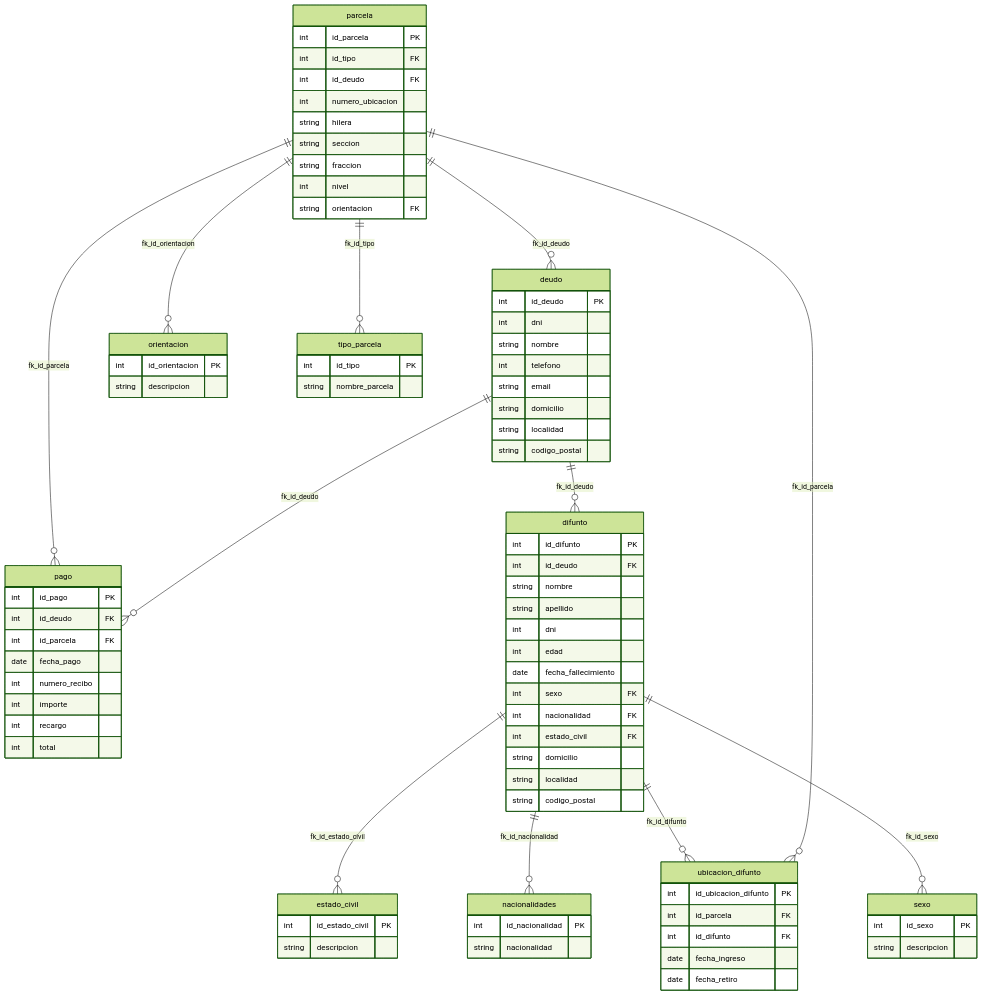
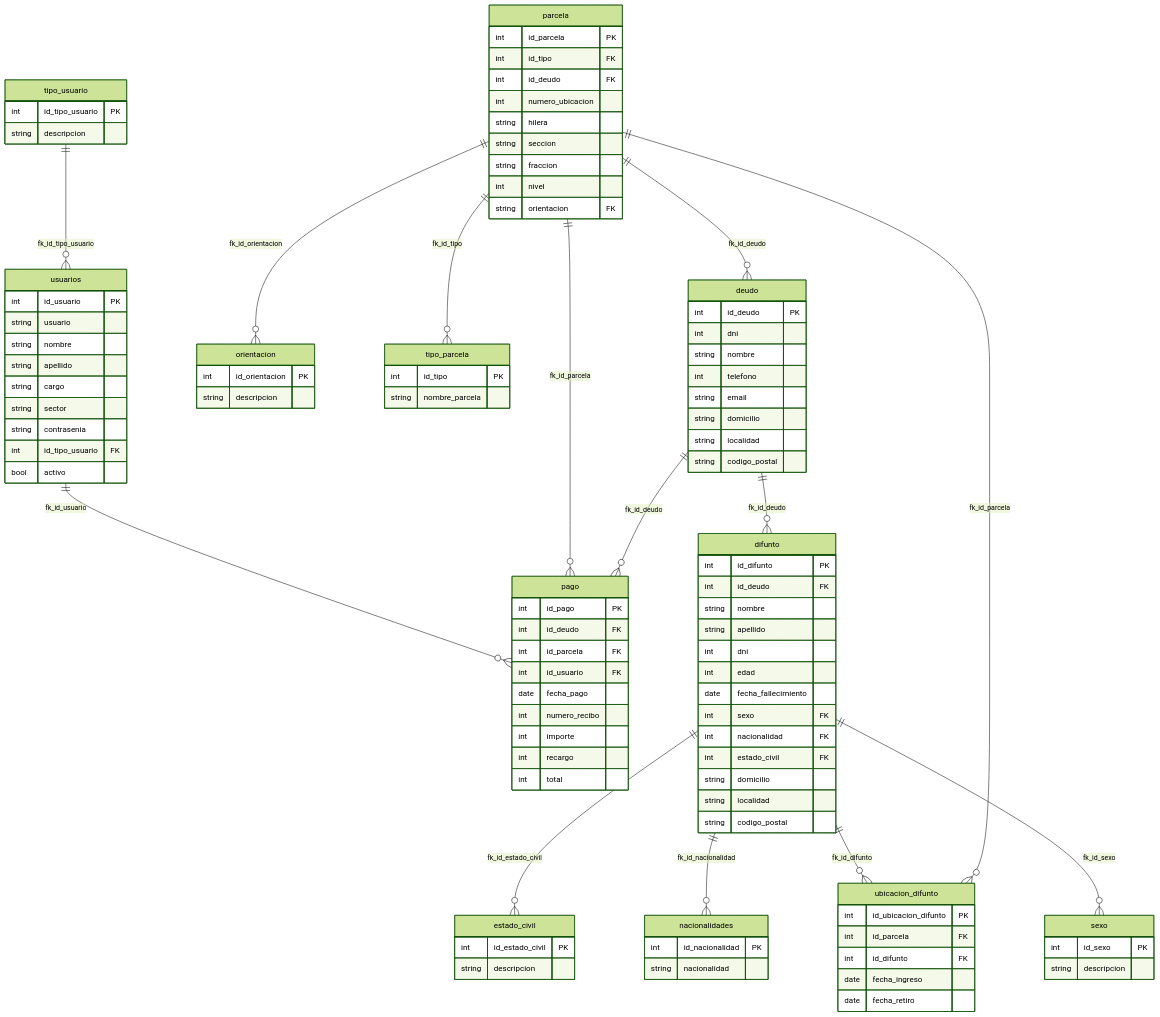
One commit to MSCB-Sistemas/cementerio changed the diagram in README.md. Above: the diagram before and after it, drawn with Mermaid (forest theme).

````diff
--- a/README.md
+++ b/README.md
@@ -39,6 +39,7 @@
         int id_pago PK
         int id_deudo FK
         int id_parcela FK
+        int id_usuario FK
         date fecha_pago
         int numero_recibo
         int importe
@@ -107,6 +108,23 @@
         string nombre_parcela
     }
 
+    usuarios {
+        int id_usuario PK
+        string usuario
+        string nombre
+        string apellido
+        string cargo
+        string sector
+        string contrasenia
+        int id_tipo_usuario FK
+        bool activo
+    }
+
+    tipo_usuario {
+        int id_tipo_usuario PK
+        string descripcion
+    }
+
     deudo ||--o{ difunto : "fk_id_deudo"
     deudo ||--o{ pago : "fk_id_deudo"
     parcela ||--o{ pago : "fk_id_parcela"
@@ -118,4 +136,6 @@
     difunto ||--o{ nacionalidades : "fk_id_nacionalidad"
     difunto ||--o{ sexo : "fk_id_sexo"
     parcela ||--o{ orientacion : "fk_id_orientacion"
+    usuarios ||--o{ pago : "fk_id_usuario"
+    tipo_usuario ||--o{ usuarios : "fk_id_tipo_usuario"
 ```
````
